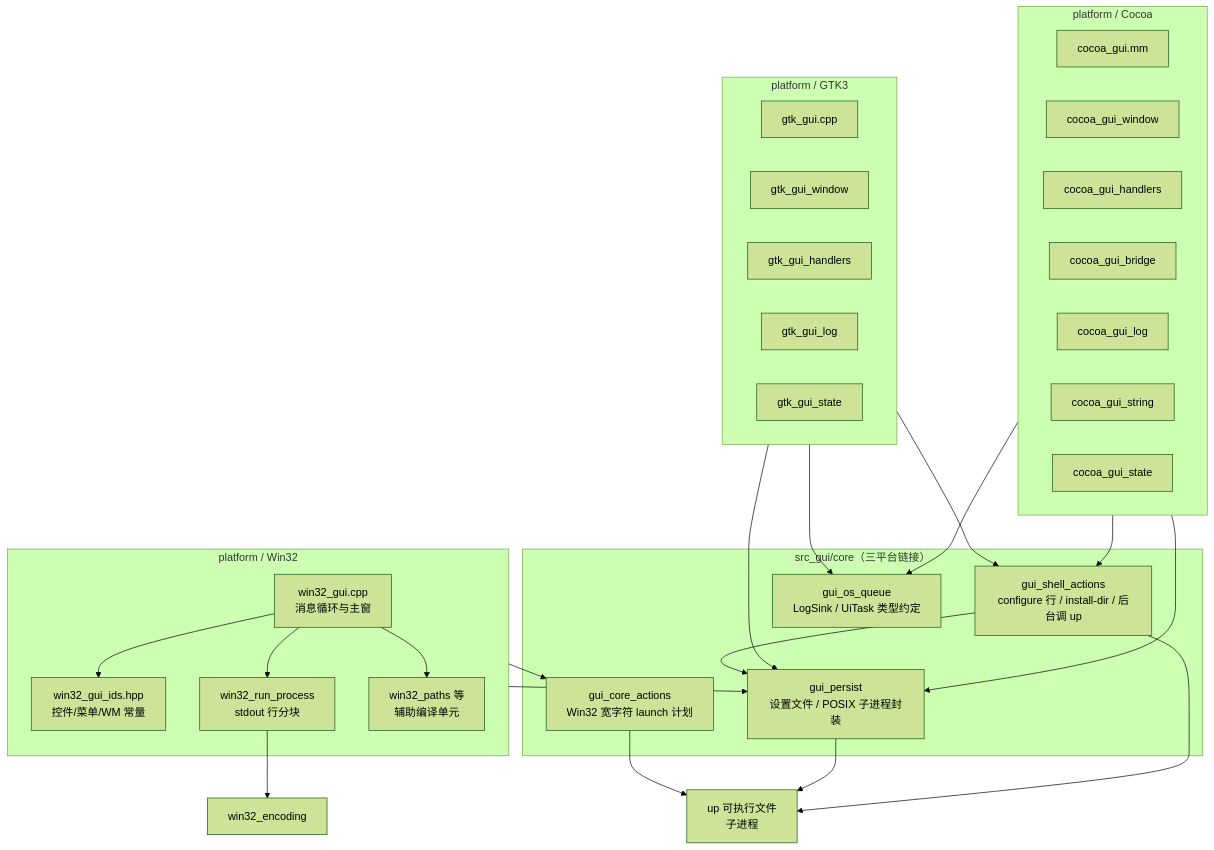
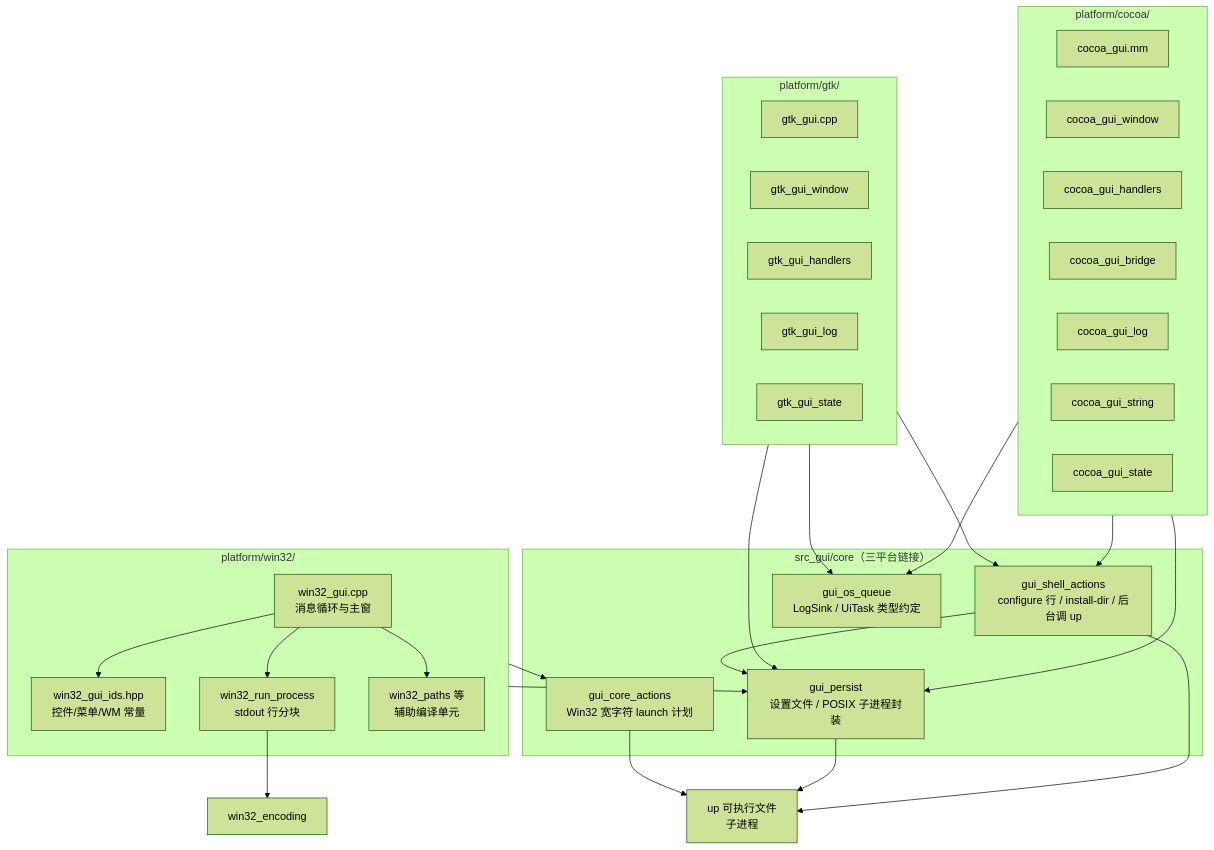
The diagram in ai-software-engineering/02-physical/up-gui/uml-component.md (shelltdf/up), drawn with Mermaid (forest theme) before and after one commit. The commit also changed 103 other files, not shown here.

````diff
--- a/ai-software-engineering/02-physical/up-gui/uml-component.md
+++ b/ai-software-engineering/02-physical/up-gui/uml-component.md
@@ -3,53 +3,53 @@
 ```mermaid
 flowchart TB
   subgraph Core["src_gui/core（三平台链接）"]
     Persist[gui_persist\n设置文件 / POSIX 子进程封装]
     Shell[gui_shell_actions\nconfigure 行 / install-dir / 后台调 up]
     CoreActions[gui_core_actions\nWin32 宽字符 launch 计划]
     OsQueue[gui_os_queue\nLogSink / UiTask 类型约定]
   end
 
-  subgraph Win32["platform / Win32"]
+  subgraph Win32["platform/win32/"]
     WMain[win32_gui.cpp\n消息循环与主窗]
     WIds[win32_gui_ids.hpp\n控件/菜单/WM 常量]
     WRunProc[win32_run_process\nstdout 行分块]
     WPaths[win32_paths 等\n辅助编译单元]
   end
 
   WMain --> WIds
   WMain --> WRunProc
   WRunProc --> WEnc[win32_encoding]
   WMain --> WPaths
 
-  subgraph Gtk["platform / GTK3"]
+  subgraph Gtk["platform/gtk/"]
     GRun[gtk_gui.cpp]
     GWin[gtk_gui_window]
     GHandlers[gtk_gui_handlers]
     GLog[gtk_gui_log]
     GState[gtk_gui_state]
   end
 
-  subgraph Cocoa["platform / Cocoa"]
+  subgraph Cocoa["platform/cocoa/"]
     CRun[cocoa_gui.mm]
     CWin[cocoa_gui_window]
     CH[cocoa_gui_handlers]
     CBridge[cocoa_gui_bridge]
     CLog[cocoa_gui_log]
     CString[cocoa_gui_string]
     CState[cocoa_gui_state]
   end
 
   Win32 --> CoreActions
   Win32 --> Persist
   Gtk --> Persist
   Gtk --> Shell
   Gtk --> OsQueue
   Cocoa --> Persist
   Cocoa --> Shell
   Cocoa --> OsQueue
 
   Shell --> Persist
   CoreActions --> UpExe[up 可执行文件\n子进程]
   Persist --> UpExe
   Shell --> UpExe
 ```
````
